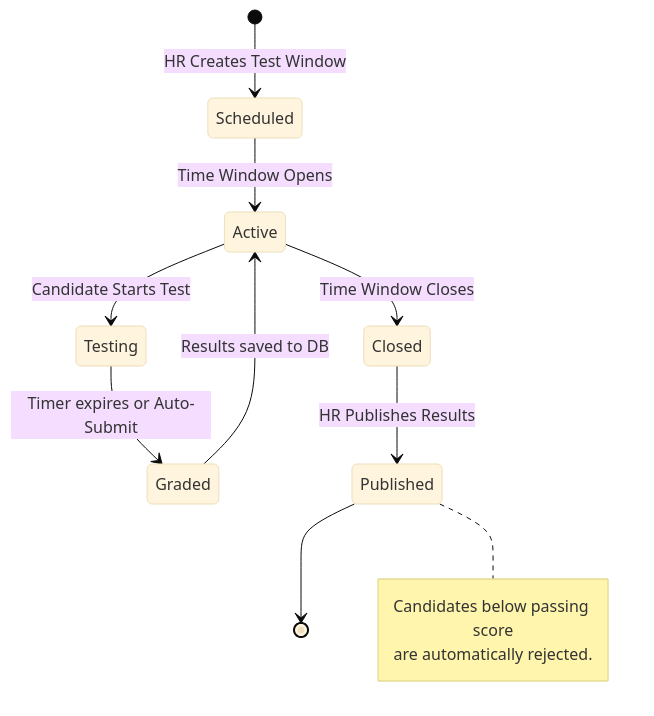
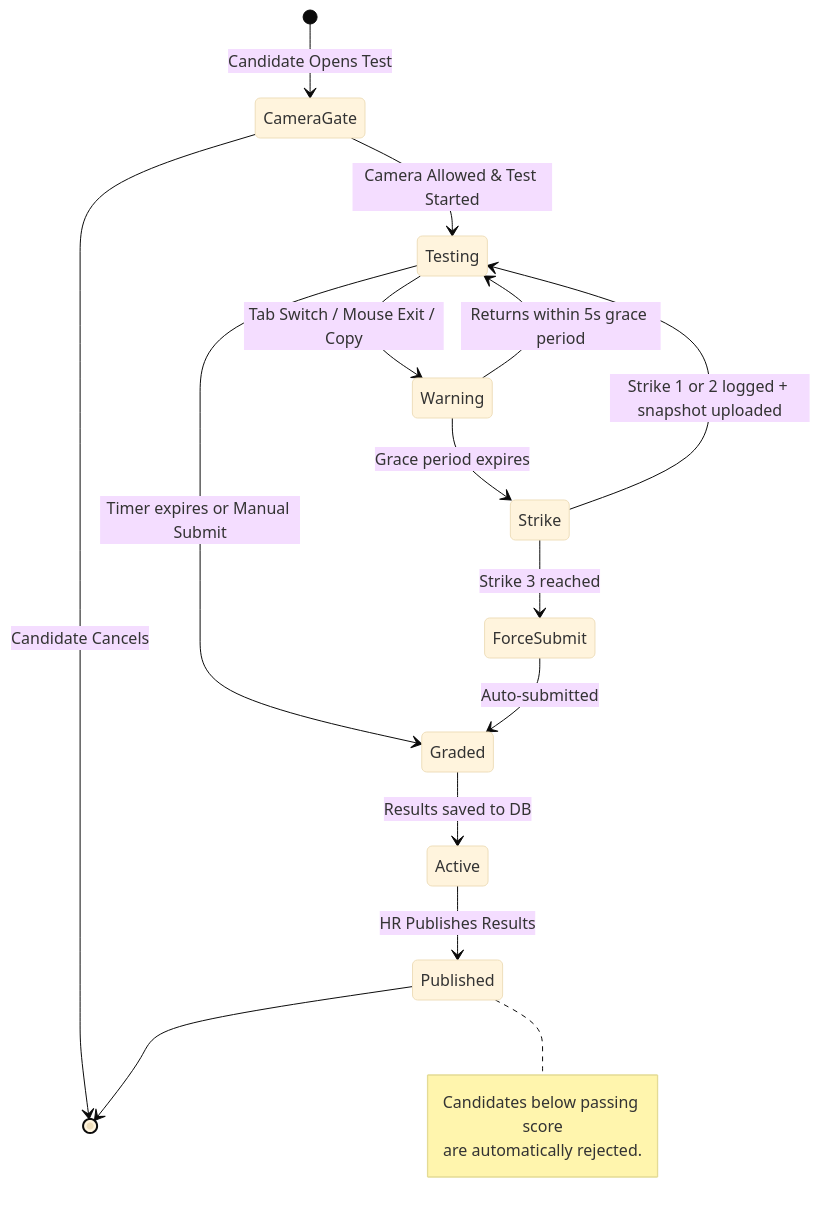
The third of 3 diagrams in README.md (RahilMaiyani/JobPulse), drawn with Mermaid (base theme) before and after one commit. The commit also changed other lines of this file, not shown here.

````diff
--- a/README.md
+++ b/README.md
@@ -205,16 +240,25 @@
 ```mermaid
 stateDiagram-v2
-    [*] --> Scheduled: HR Creates Test Window
-    Scheduled --> Active: Time Window Opens
-    Active --> Testing: Candidate Starts Test
-    Testing --> Graded: Timer expires or Auto-Submit
+    [*] --> CameraGate: Candidate Opens Test
+    CameraGate --> Testing: Camera Allowed & Test Started
+    CameraGate --> [*]: Candidate Cancels
+
+    Testing --> Warning: Tab Switch / Mouse Exit / Copy
+    Warning --> Testing: Returns within 5s grace period
+    Warning --> Strike: Grace period expires
+    Strike --> Testing: Strike 1 or 2 logged + snapshot uploaded
+    Strike --> ForceSubmit: Strike 3 reached
+
+    Testing --> Graded: Timer expires or Manual Submit
+    ForceSubmit --> Graded: Auto-submitted
+
     Graded --> Active: Results saved to DB
-    Active --> Closed: Time Window Closes
-    Closed --> Published: HR Publishes Results
+    Active --> Published: HR Publishes Results
+
     Published --> [*]
-    
+
     note right of Published
       Candidates below passing score
       are automatically rejected.
     end note
 ```
````
